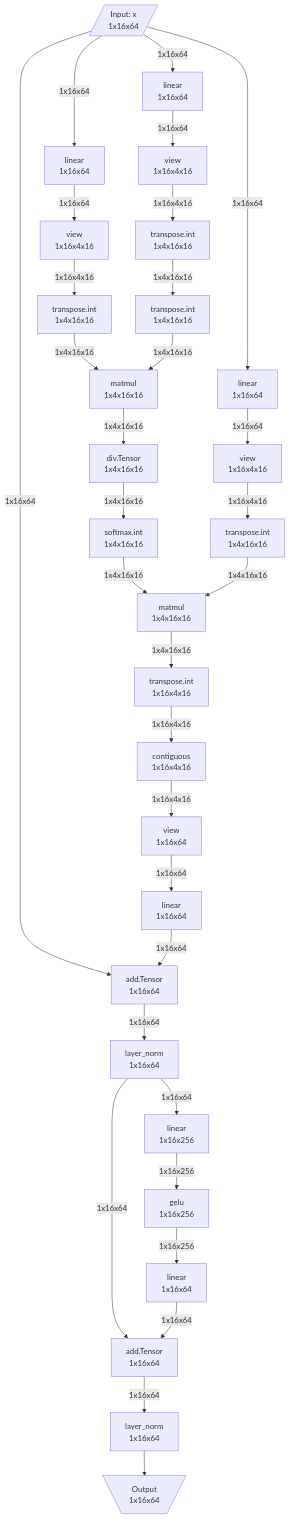
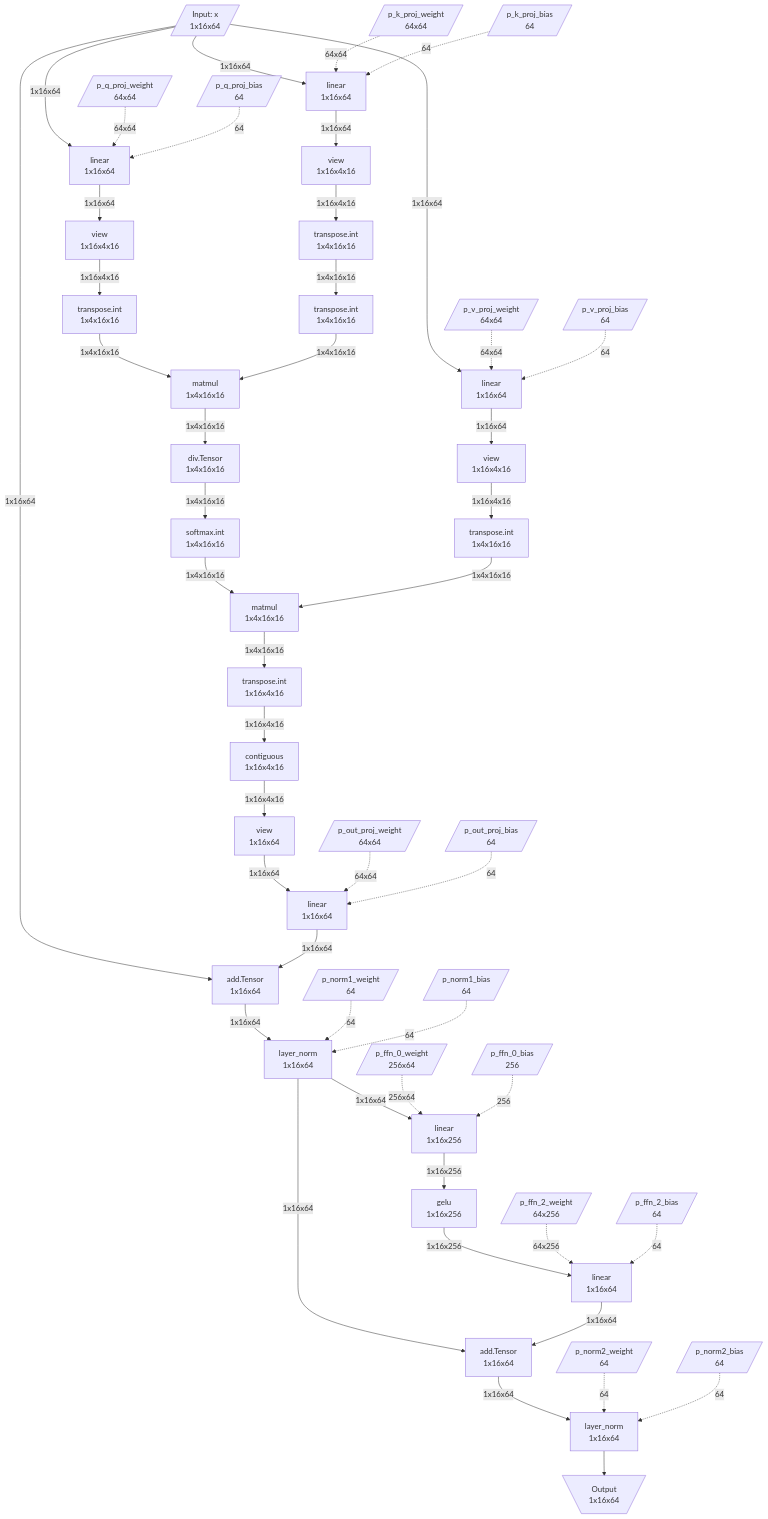
The diagram in docs/usage.ko.md (sweetcocoa/pytorch-ir), drawn with Mermaid before and after one commit. The commit also changed 10 other files, not shown here.

First line of the commit message:
Add include_weights option to ir_to_mermaid and update docs

````diff
--- a/docs/usage.ko.md
+++ b/docs/usage.ko.md
@@ -632,18 +632,30 @@
     input_x[/"Input: x<br/>1x16x64"/]
     op_linear["linear<br/>1x16x64"]
     input_x -->|"1x16x64"| op_linear
-    op_linear_1["linear<br/>1x16x64"]
-    input_x -->|"1x16x64"| op_linear_1
-    op_linear_2["linear<br/>1x16x64"]
-    input_x -->|"1x16x64"| op_linear_2
+    w_p_q_proj_weight[/"p_q_proj_weight<br/>64x64"/]
+    w_p_q_proj_weight -.->|"64x64"| op_linear
+    w_p_q_proj_bias[/"p_q_proj_bias<br/>64"/]
+    w_p_q_proj_bias -.->|"64"| op_linear
     op_view["view<br/>1x16x4x16"]
     op_linear -->|"1x16x64"| op_view
     op_transpose["transpose.int<br/>1x4x16x16"]
     op_view -->|"1x16x4x16"| op_transpose
+    op_linear_1["linear<br/>1x16x64"]
+    input_x -->|"1x16x64"| op_linear_1
+    w_p_k_proj_weight[/"p_k_proj_weight<br/>64x64"/]
+    w_p_k_proj_weight -.->|"64x64"| op_linear_1
+    w_p_k_proj_bias[/"p_k_proj_bias<br/>64"/]
+    w_p_k_proj_bias -.->|"64"| op_linear_1
     op_view_1["view<br/>1x16x4x16"]
     op_linear_1 -->|"1x16x64"| op_view_1
     op_transpose_1["transpose.int<br/>1x4x16x16"]
     op_view_1 -->|"1x16x4x16"| op_transpose_1
+    op_linear_2["linear<br/>1x16x64"]
+    input_x -->|"1x16x64"| op_linear_2
+    w_p_v_proj_weight[/"p_v_proj_weight<br/>64x64"/]
+    w_p_v_proj_weight -.->|"64x64"| op_linear_2
+    w_p_v_proj_bias[/"p_v_proj_bias<br/>64"/]
+    w_p_v_proj_bias -.->|"64"| op_linear_2
     op_view_2["view<br/>1x16x4x16"]
     op_linear_2 -->|"1x16x64"| op_view_2
     op_transpose_2["transpose.int<br/>1x4x16x16"]
@@ -668,22 +680,42 @@
     op_contiguous -->|"1x16x4x16"| op_view_3
     op_linear_3["linear<br/>1x16x64"]
     op_view_3 -->|"1x16x64"| op_linear_3
+    w_p_out_proj_weight[/"p_out_proj_weight<br/>64x64"/]
+    w_p_out_proj_weight -.->|"64x64"| op_linear_3
+    w_p_out_proj_bias[/"p_out_proj_bias<br/>64"/]
+    w_p_out_proj_bias -.->|"64"| op_linear_3
     op_add["add.Tensor<br/>1x16x64"]
     input_x -->|"1x16x64"| op_add
     op_linear_3 -->|"1x16x64"| op_add
     op_layer_norm["layer_norm<br/>1x16x64"]
     op_add -->|"1x16x64"| op_layer_norm
+    w_p_norm1_weight[/"p_norm1_weight<br/>64"/]
+    w_p_norm1_weight -.->|"64"| op_layer_norm
+    w_p_norm1_bias[/"p_norm1_bias<br/>64"/]
+    w_p_norm1_bias -.->|"64"| op_layer_norm
     op_linear_4["linear<br/>1x16x256"]
     op_layer_norm -->|"1x16x64"| op_linear_4
+    w_p_ffn_0_weight[/"p_ffn_0_weight<br/>256x64"/]
+    w_p_ffn_0_weight -.->|"256x64"| op_linear_4
+    w_p_ffn_0_bias[/"p_ffn_0_bias<br/>256"/]
+    w_p_ffn_0_bias -.->|"256"| op_linear_4
     op_gelu["gelu<br/>1x16x256"]
     op_linear_4 -->|"1x16x256"| op_gelu
     op_linear_5["linear<br/>1x16x64"]
     op_gelu -->|"1x16x256"| op_linear_5
+    w_p_ffn_2_weight[/"p_ffn_2_weight<br/>64x256"/]
+    w_p_ffn_2_weight -.->|"64x256"| op_linear_5
+    w_p_ffn_2_bias[/"p_ffn_2_bias<br/>64"/]
+    w_p_ffn_2_bias -.->|"64"| op_linear_5
     op_add_1["add.Tensor<br/>1x16x64"]
     op_layer_norm -->|"1x16x64"| op_add_1
     op_linear_5 -->|"1x16x64"| op_add_1
     op_layer_norm_1["layer_norm<br/>1x16x64"]
     op_add_1 -->|"1x16x64"| op_layer_norm_1
+    w_p_norm2_weight[/"p_norm2_weight<br/>64"/]
+    w_p_norm2_weight -.->|"64"| op_layer_norm_1
+    w_p_norm2_bias[/"p_norm2_bias<br/>64"/]
+    w_p_norm2_bias -.->|"64"| op_layer_norm_1
     output_0[\"Output<br/>1x16x64"/]
     op_layer_norm_1 --> output_0
 ```
````
